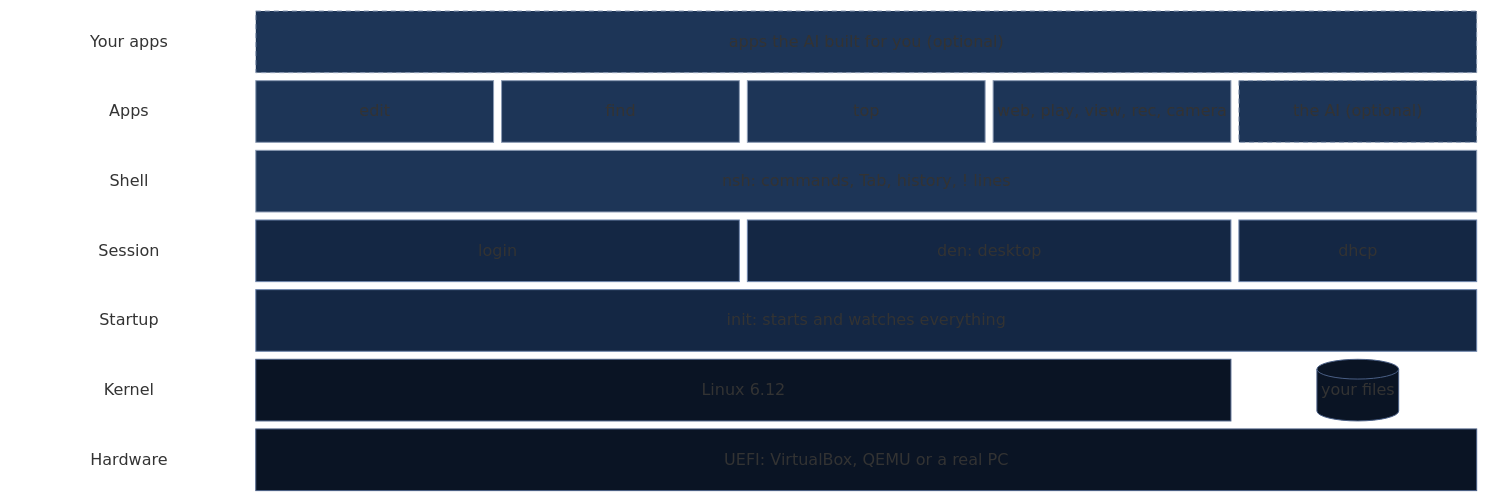
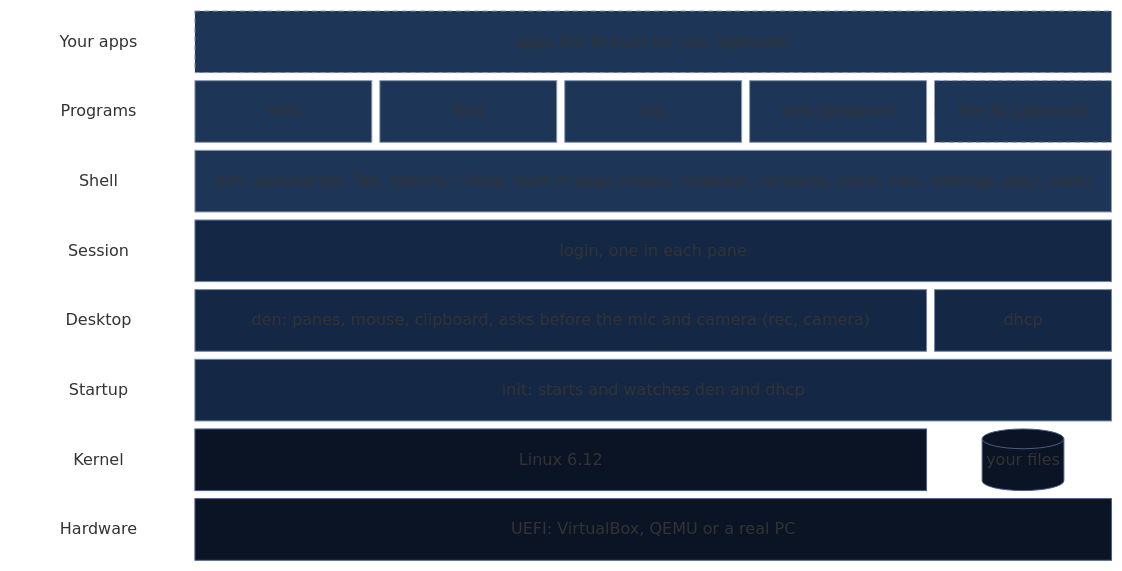
One commit to Adhishtanaka/thir changed the diagram in README.md. Above: the diagram before and after it, drawn with Mermaid.

Commit message:
README: diagram matches the code (den starts login per pane, built-in apps live in nsh)

````diff
--- a/README.md
+++ b/README.md
@@ -19,22 +19,23 @@
 ```mermaid
 block-beta
   columns 6
   l0["Your apps"] built["apps the AI built for you (optional)"]:5
-  l1["Apps"] edit["edit"] find["find"] top["top"] web["web, play, view, rec, camera"] agent["the AI (optional)"]
-  l2["Shell"] shell["nsh: commands, Tab, history, ! lines"]:5
-  l3["Session"] login["login"]:2 den["den: desktop"]:2 dhcp["dhcp"]
-  l4["Startup"] init["init: starts and watches everything"]:5
-  l5["Kernel"] kernel["Linux 6.12"]:4 disk[("your files")]
-  l6["Hardware"] hw["UEFI: VirtualBox, QEMU or a real PC"]:5
+  l1["Programs"] edit["edit"] find["find"] top["top"] web["web (browser)"] agent["the AI (optional)"]
+  l2["Shell"] shell["nsh: commands, Tab, history, ! lines, built-in apps (notes, calendar, contacts, clock, calc, settings, play, view)"]:5
+  l3["Session"] login["login, one in each pane"]:5
+  l4["Desktop"] den["den: panes, mouse, clipboard, asks before the mic and camera (rec, camera)"]:4 dhcp["dhcp"]
+  l5["Startup"] init["init: starts and watches den and dhcp"]:5
+  l6["Kernel"] kernel["Linux 6.12"]:4 disk[("your files")]
+  l7["Hardware"] hw["UEFI: VirtualBox, QEMU or a real PC"]:5
 
   classDef label fill:transparent,stroke:transparent,color:#8fa3c2
   classDef user fill:#1d3557,stroke:#8b9bb4,color:#e8eefa
   classDef opt fill:#1d3557,stroke:#8b9bb4,color:#e8eefa,stroke-dasharray:5 4
   classDef sys fill:#142744,stroke:#6f86ad,color:#e8eefa
   classDef core fill:#0a1424,stroke:#4a5f85,color:#e8eefa
-  class l0,l1,l2,l3,l4,l5,l6 label
+  class l0,l1,l2,l3,l4,l5,l6,l7 label
   class edit,find,top,web,shell user
   class built,agent opt
   class login,den,dhcp,init sys
   class kernel,hw,disk core
 ```
````
